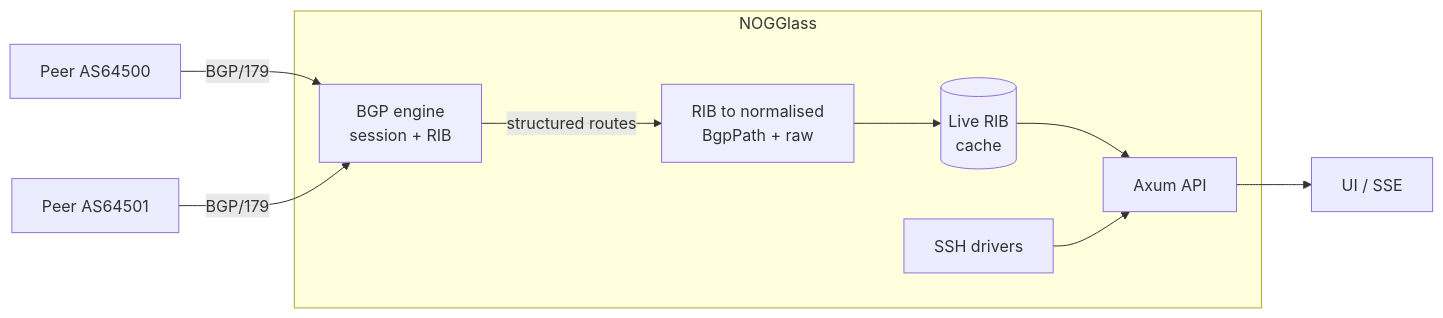
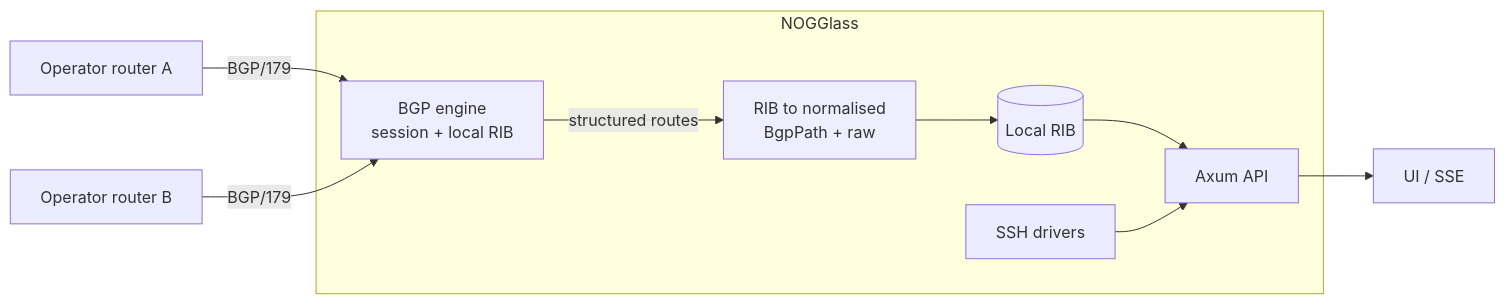
One commit to andrediashexa/NOGGlass changed the first of 2 diagrams in docs/design/bgp-session-support.md. Above: the diagram before and after it, drawn with Mermaid. The commit also changed other lines of this file, not shown here.

First line of the commit message:
docs(design): sharpen BGP intent and switch to Rust engine options

````diff
--- a/docs/design/bgp-session-support.md
+++ b/docs/design/bgp-session-support.md
@@ -57,14 +57,14 @@
 ```mermaid
 flowchart LR
-    peer1[Peer AS64500]-->|BGP/179| eng
-    peer2[Peer AS64501]-->|BGP/179| eng
+    r1[Operator router A]-->|BGP/179| eng
+    r2[Operator router B]-->|BGP/179| eng
     subgraph NOGGlass
-      eng[BGP engine\nsession + RIB]-->|structured routes| map[RIB to normalised\nBgpPath + raw]
-      map-->store[(Live RIB\ncache)]
+      eng[BGP engine\nsession + local RIB]-->|structured routes| map[RIB to normalised\nBgpPath + raw]
+      map-->store[(Local RIB)]
       store-->api[Axum API]
       ssh[SSH drivers]-->api
     end
     api-->ui[UI / SSE]
     classDef ro fill:#eef;
     class eng,map,store ro;
 ```
````
